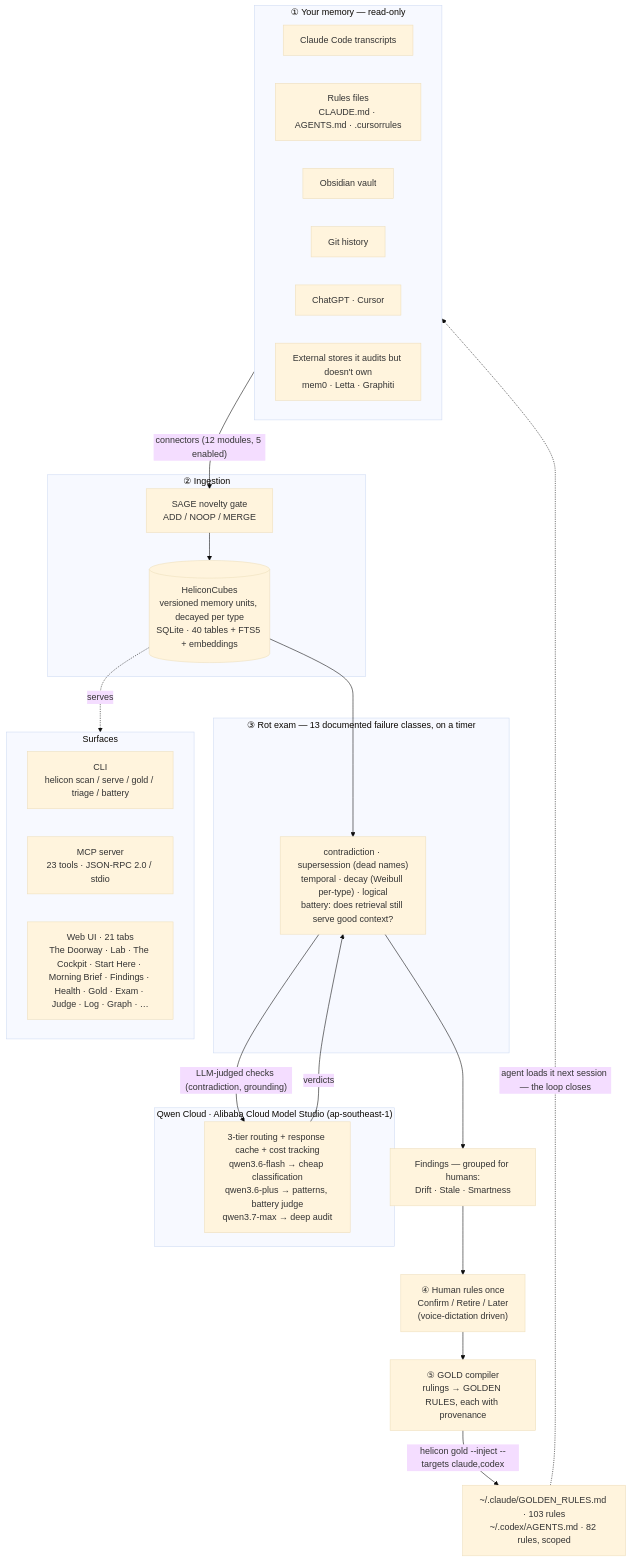
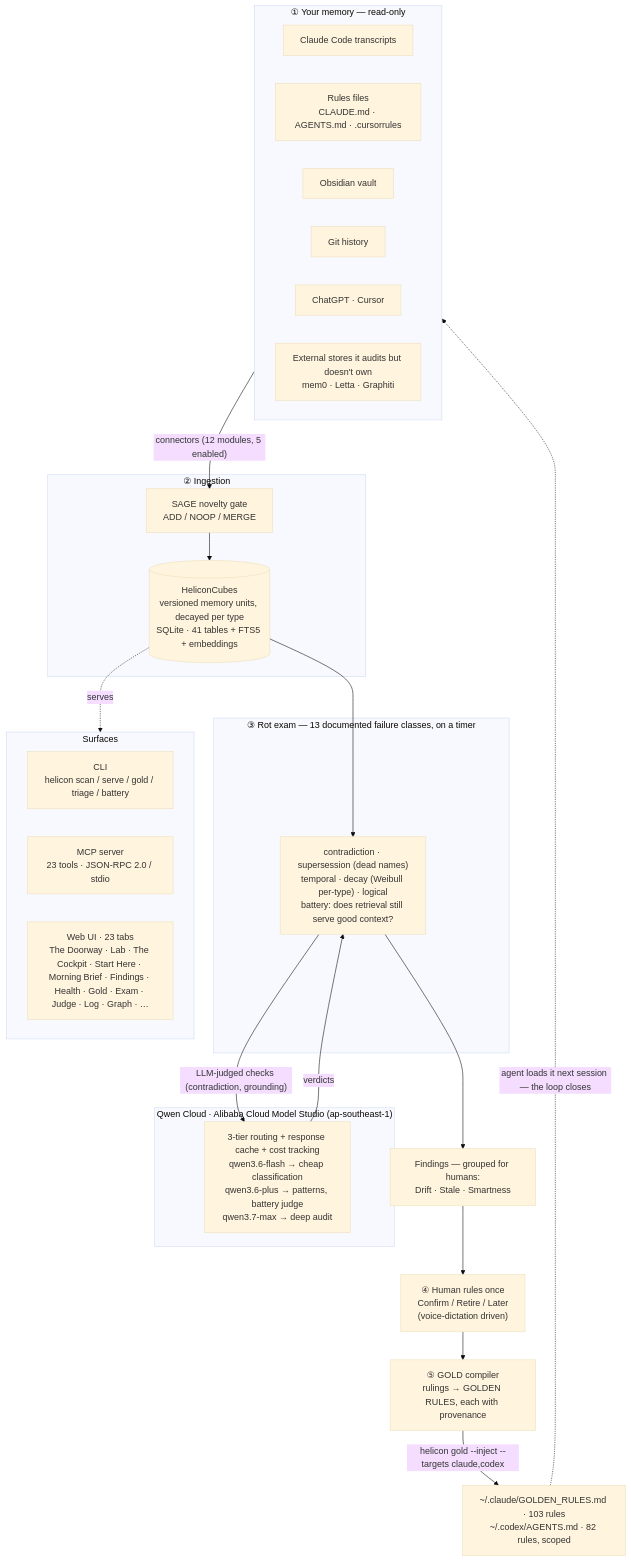
One commit to Morkeeth/mountain-of-helicon changed the first of 2 diagrams in ARCHITECTURE.md. Above: the diagram before and after it, drawn with Mermaid (base theme). The commit also changed other lines of this file and 7 other files, not shown here.

````diff
--- a/ARCHITECTURE.md
+++ b/ARCHITECTURE.md
@@ -11,45 +11,45 @@
 ```mermaid
 flowchart TD
   subgraph SRC["① Your memory — read-only"]
     A1["Claude Code transcripts"]
     A2["Rules files<br/>CLAUDE.md · AGENTS.md · .cursorrules"]
     A3["Obsidian vault"]
     A4["Git history"]
     A5["ChatGPT · Cursor"]
     A6["External stores it audits but doesn't own<br/>mem0 · Letta · Graphiti"]
   end
 
   SRC -->|"connectors (12 modules, 5 enabled)"| GATE
 
   subgraph INGEST["② Ingestion"]
     GATE["SAGE novelty gate<br/>ADD / NOOP / MERGE"]
-    CUBES[("HeliconCubes<br/>versioned memory units, decayed per type<br/>SQLite · 40 tables + FTS5 + embeddings")]
+    CUBES[("HeliconCubes<br/>versioned memory units, decayed per type<br/>SQLite · 41 tables + FTS5 + embeddings")]
     GATE --> CUBES
   end
 
   CUBES --> EXAM
 
   subgraph AUDIT["③ Rot exam — 13 documented failure classes, on a timer"]
     EXAM["contradiction · supersession (dead names)<br/>temporal · decay (Weibull per-type) · logical<br/>battery: does retrieval still serve good context?"]
   end
 
   EXAM -->|"LLM-judged checks (contradiction, grounding)"| QWEN
   QWEN -->|verdicts| EXAM
 
   subgraph QWENC["Qwen Cloud · Alibaba Cloud Model Studio (ap-southeast-1)"]
     QWEN["3-tier routing + response cache + cost tracking<br/>qwen3.6-flash → cheap classification<br/>qwen3.6-plus → patterns, battery judge<br/>qwen3.7-max → deep audit"]
   end
 
   EXAM --> FIND["Findings — grouped for humans:<br/>Drift · Stale · Smartness"]
   FIND --> HUMAN["④ Human rules once<br/>Confirm / Retire / Later<br/>(voice-dictation driven)"]
   HUMAN --> GOLD["⑤ GOLD compiler<br/>rulings → GOLDEN RULES, each with provenance"]
   GOLD -->|"helicon gold --inject --targets claude,codex"| INJECT["~/.claude/GOLDEN_RULES.md · 103 rules<br/>~/.codex/AGENTS.md · 82 rules, scoped"]
   INJECT -.->|"agent loads it next session — the loop closes"| SRC
 
   CUBES -.serves.-> SURF
   subgraph SURF["Surfaces"]
     CLI["CLI<br/>helicon scan / serve / gold / triage / battery"]
     MCP["MCP server<br/>23 tools · JSON-RPC 2.0 / stdio"]
-    WEB["Web UI · 21 tabs<br/>The Doorway · Lab · The Cockpit · Start Here · Morning Brief · Findings · Health · Gold · Exam · Judge · Log · Graph · …"]
+    WEB["Web UI · 23 tabs<br/>The Doorway · Lab · The Cockpit · Start Here · Morning Brief · Findings · Health · Gold · Exam · Judge · Log · Graph · …"]
   end
 ```
````
